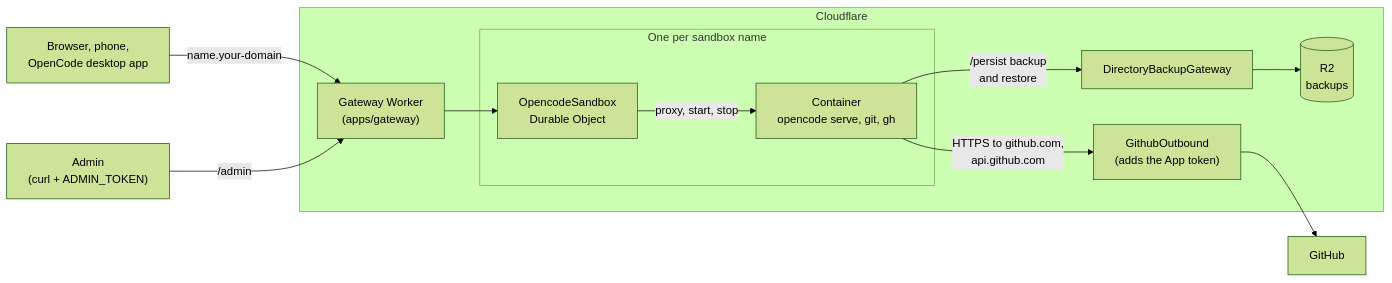
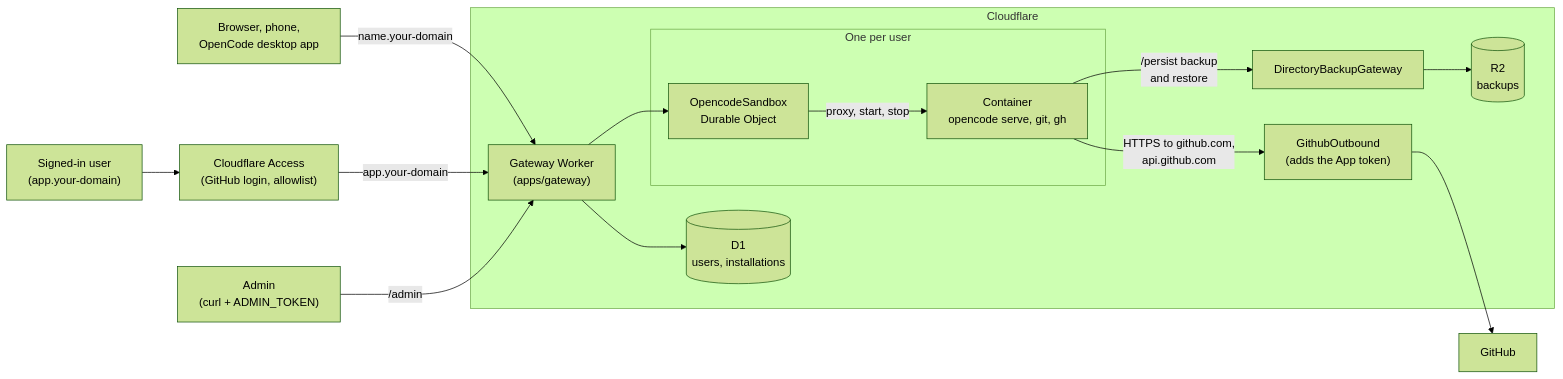
The diagram in README.md (andremarques94/cinder-agent), drawn with Mermaid (forest theme) before and after one commit. The commit also changed other lines of this file and 46 other files, not shown here.

First line of the commit message:
feat(gateway)!: give each invited user their own sandbox (#14)

````diff
--- a/README.md
+++ b/README.md
@@ -16,27 +17,32 @@
 ```mermaid
 flowchart LR
   clients["Browser, phone,<br/>OpenCode desktop app"]
+  user["Signed-in user<br/>(app.your-domain)"]
+  access["Cloudflare Access<br/>(GitHub login, allowlist)"]
   admin["Admin<br/>(curl + ADMIN_TOKEN)"]
 
   subgraph cf["Cloudflare"]
     gateway["Gateway Worker<br/>(apps/gateway)"]
-    subgraph sandbox["One per sandbox name"]
+    d1[("D1<br/>users, installations")]
+    subgraph sandbox["One per user"]
       durable["OpencodeSandbox<br/>Durable Object"]
       container["Container<br/>opencode serve, git, gh"]
     end
     outbound["GithubOutbound<br/>(adds the App token)"]
     backup["DirectoryBackupGateway"]
     r2[("R2<br/>backups")]
   end
 
   github["GitHub"]
 
   clients -- "name.your-domain" --> gateway
+  user --> access -- "app.your-domain" --> gateway
   admin -- "/admin" --> gateway
+  gateway --> d1
   gateway --> durable
   durable -- "proxy, start, stop" --> container
   container -- "HTTPS to github.com,<br/>api.github.com" --> outbound
   outbound --> github
   container -- "/persist backup<br/>and restore" --> backup
   backup --> r2
 ```
````
